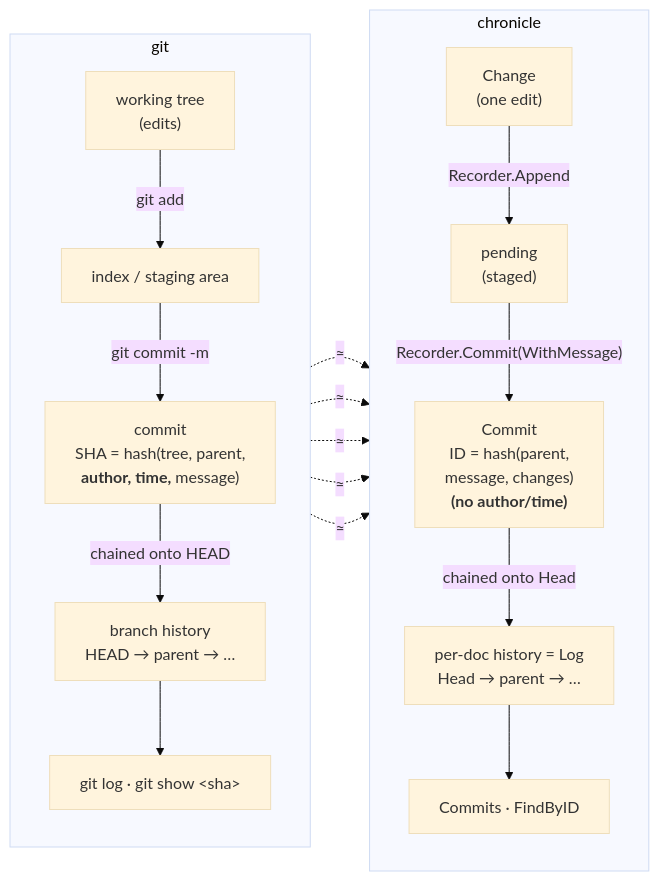
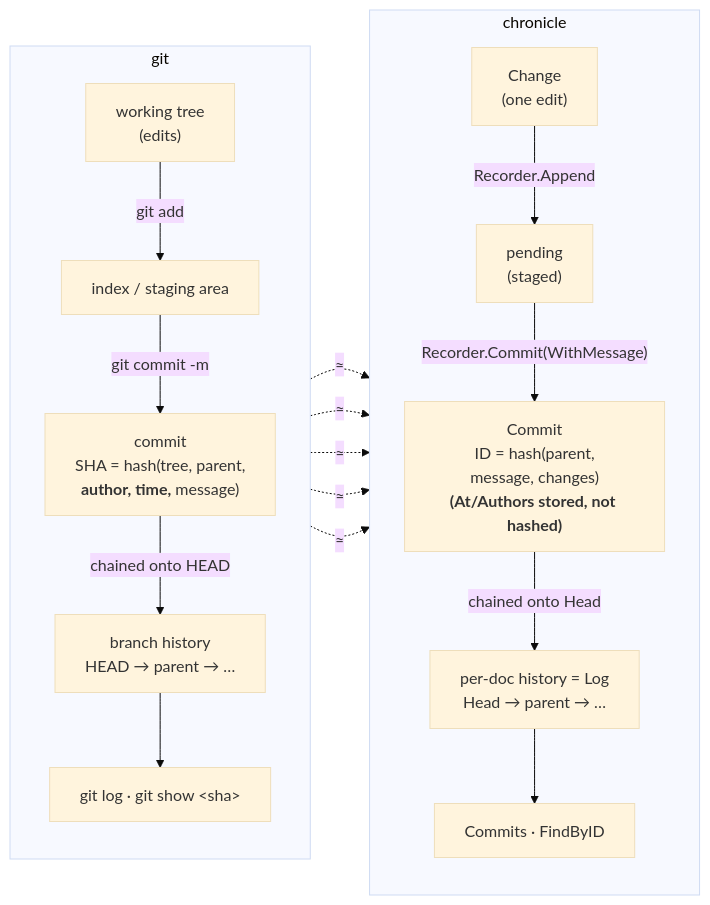
Before and after one commit to zdirnecamlcs96/chronicle: the diagram in core/MODEL.md, drawn with Mermaid (base theme). The commit also changed other lines of this file and 8 other files, not shown here.

First line of the commit message:
feat(core): verify Authors against Changes; align docs with hash semantics

````diff
--- a/core/MODEL.md
+++ b/core/MODEL.md
@@ -8,34 +8,34 @@
 ```mermaid
 flowchart LR
     subgraph GIT["git"]
         direction TB
         G1["working tree<br/>(edits)"]
         G2["index / staging area"]
         G3["commit<br/>SHA = hash(tree, parent,<br/><b>author, time,</b> message)"]
         G4["branch history<br/>HEAD → parent → …"]
         G5["git log · git show &lt;sha&gt;"]
         G1 -->|git add| G2
         G2 -->|git commit -m| G3
         G3 -->|chained onto HEAD| G4
         G4 --> G5
     end
 
     subgraph CL["chronicle"]
         direction TB
         C1["Change<br/>(one edit)"]
         C2["pending<br/>(staged)"]
-        C3["Commit<br/>ID = hash(parent,<br/>message, changes)<br/><b>(no author/time)</b>"]
+        C3["Commit<br/>ID = hash(parent,<br/>message, changes)<br/><b>(At/Authors stored, not hashed)</b>"]
         C4["per-doc history = Log<br/>Head → parent → …"]
         C5["Commits · FindByID"]
         C1 -->|Recorder.Append| C2
         C2 -->|"Recorder.Commit(WithMessage)"| C3
         C3 -->|chained onto Head| C4
         C4 --> C5
     end
 
     G1 -.->|≈| C1
     G2 -.->|≈| C2
     G3 -.->|≈| C3
     G4 -.->|≈| C4
     G5 -.->|≈| C5
 ```
````
